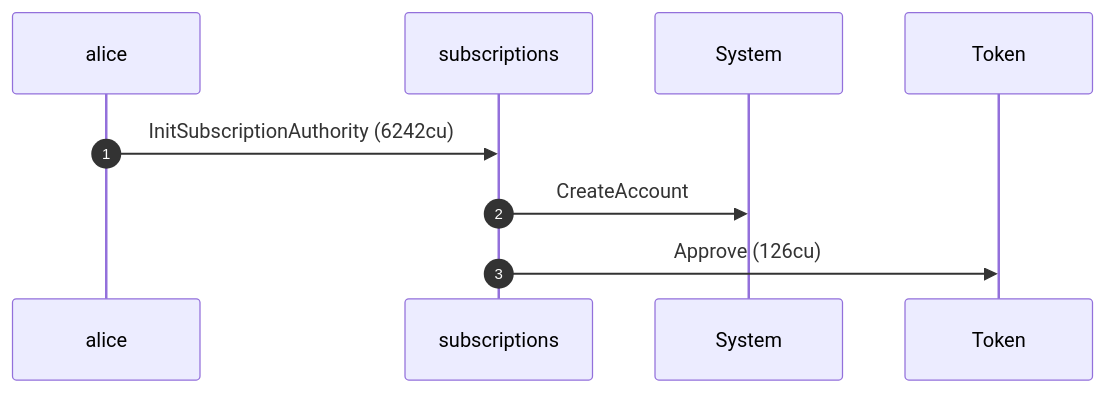
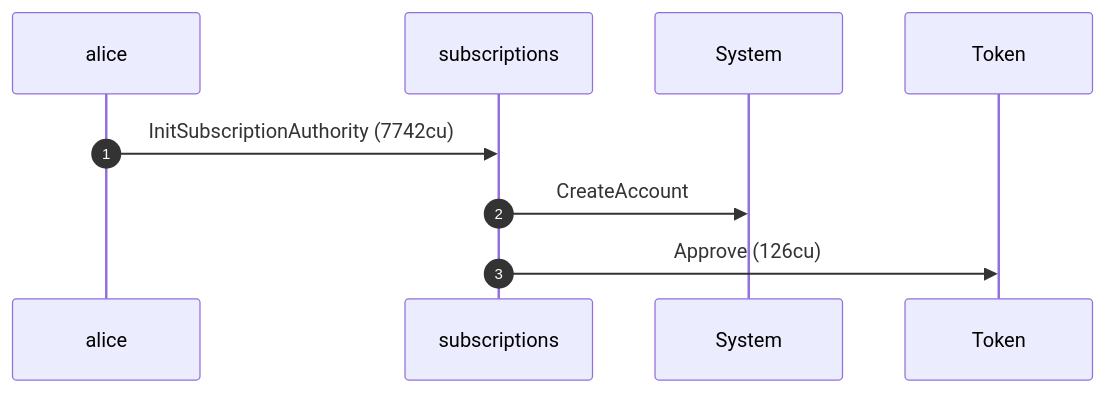
The first of 8 diagrams in dsl_tests/close-a-subscription-authority.md (cds-rs/subscriptions), drawn with Mermaid before and after one commit. The commit also changed other lines of this file and 224 other files, not shown here.

````diff
--- a/dsl_tests/close-a-subscription-authority.md
+++ b/dsl_tests/close-a-subscription-authority.md
@@ -22,11 +23,11 @@
 ```mermaid
 sequenceDiagram
     autonumber
     participant alice
     participant subscriptions
     participant System
     participant Token
-    alice ->> subscriptions: InitSubscriptionAuthority (6242cu)
+    alice ->> subscriptions: InitSubscriptionAuthority (7742cu)
     subscriptions ->> System: CreateAccount
     subscriptions ->> Token: Approve (126cu)
 ```
````
